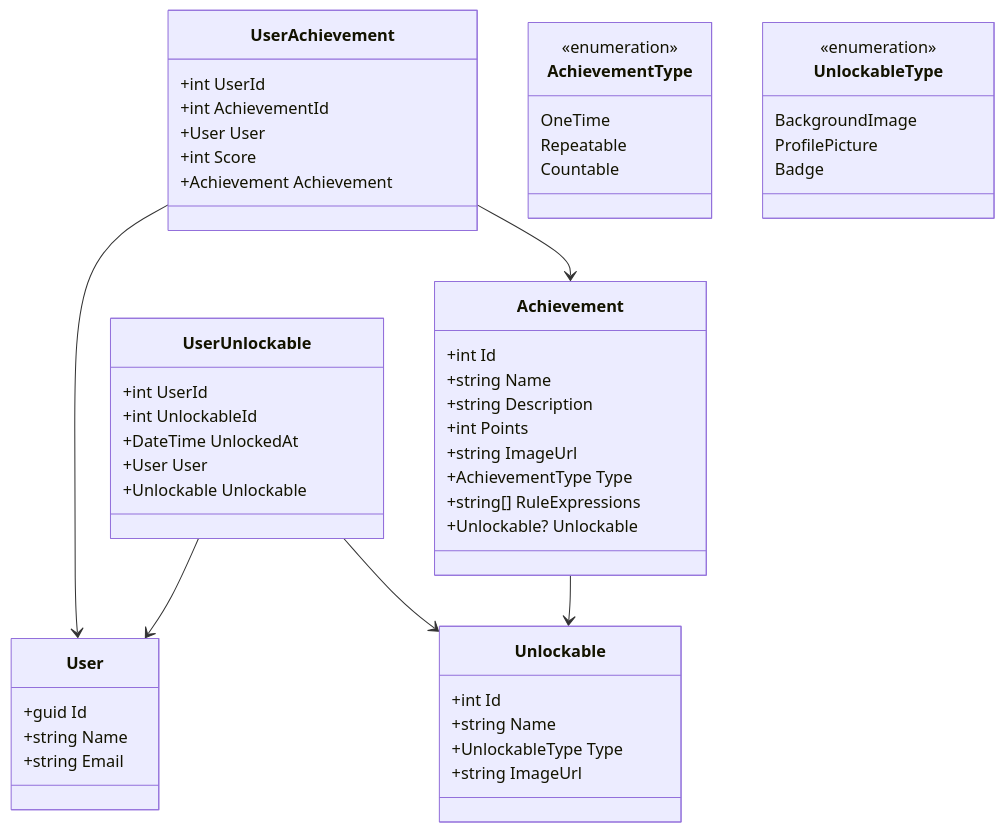
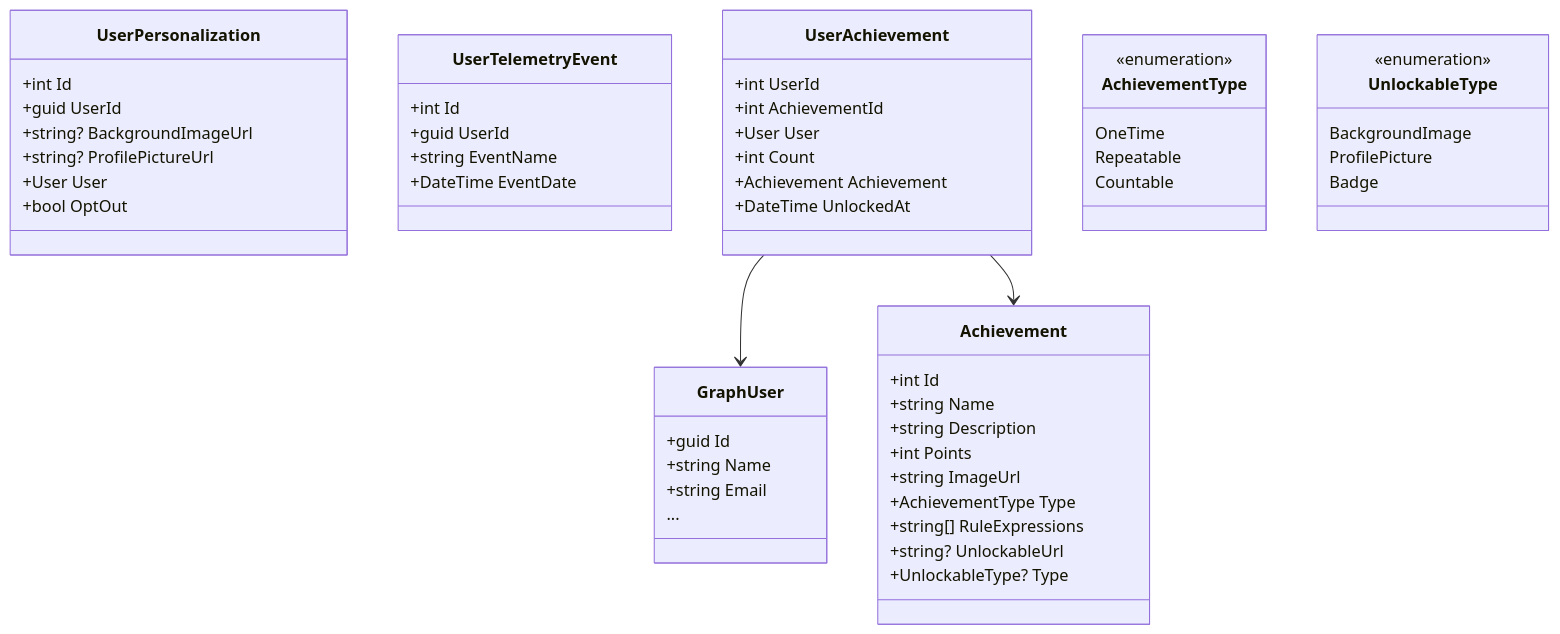
Before and after one commit to ssc-sp/datahub-docs: the diagram in DeveloperGuide/Achievements-Profiles/readme.md, drawn with Mermaid.

Commit message:
📜 updates

````diff
--- a/DeveloperGuide/Achievements-Profiles/readme.md
+++ b/DeveloperGuide/Achievements-Profiles/readme.md
@@ -42,62 +42,63 @@
 ```mermaid
 classDiagram
-    class User {
+    class GraphUser {
         +guid Id
         +string Name
         +string Email
+        ...
+    }
+
+    class UserPersonalization {
+        +int Id
+        +guid UserId
+        +string? BackgroundImageUrl
+        +string? ProfilePictureUrl
+        +User User
+        +bool OptOut
+    }
+
+    class UserTelemetryEvent {
+        +int Id
+        +guid UserId
+        +string EventName
+        +DateTime EventDate
     }
 
     class Achievement {
         +int Id
         +string Name
         +string Description
         +int Points
         +string ImageUrl
         +AchievementType Type
         +string[] RuleExpressions
-        +Unlockable? Unlockable
-    }
-
-    class Unlockable {
-        +int Id
-        +string Name
-        +UnlockableType Type
-        +string ImageUrl
+        +string? UnlockableUrl
+        +UnlockableType? Type
     }
 
     class UserAchievement {
         +int UserId
         +int AchievementId
         +User User
-        +int Score
+        +int Count
         +Achievement Achievement
-    }
-
-    class UserUnlockable {
-        +int UserId
-        +int UnlockableId
         +DateTime UnlockedAt
-        +User User
-        +Unlockable Unlockable
     }
 
     class AchievementType {
         <<enumeration>>
         OneTime
         Repeatable
         Countable
     }
 
     class UnlockableType {
         <<enumeration>>
         BackgroundImage
         ProfilePicture
         Badge
     }
 
-    UserAchievement --> User
+    UserAchievement --> GraphUser
     UserAchievement --> Achievement
-    Achievement --> Unlockable
-    UserUnlockable --> User
-    UserUnlockable --> Unlockable
 ```
````
